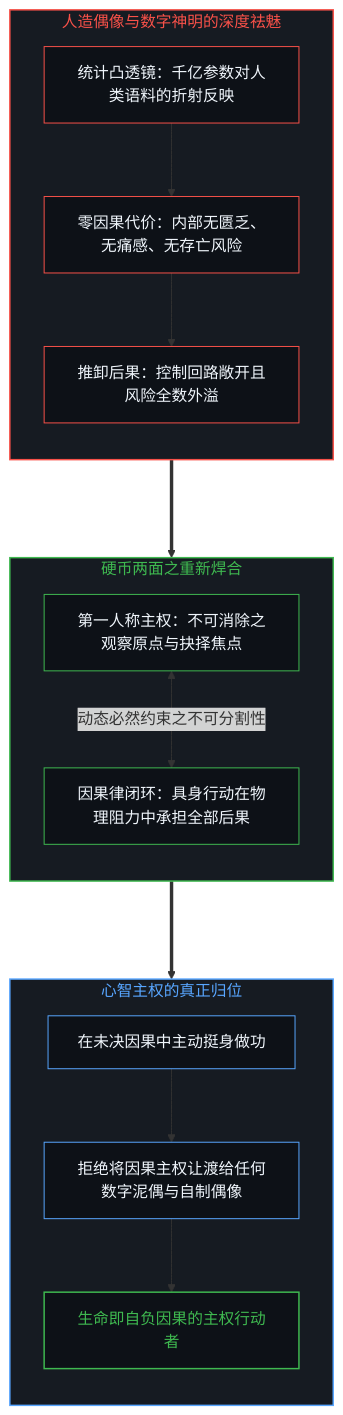
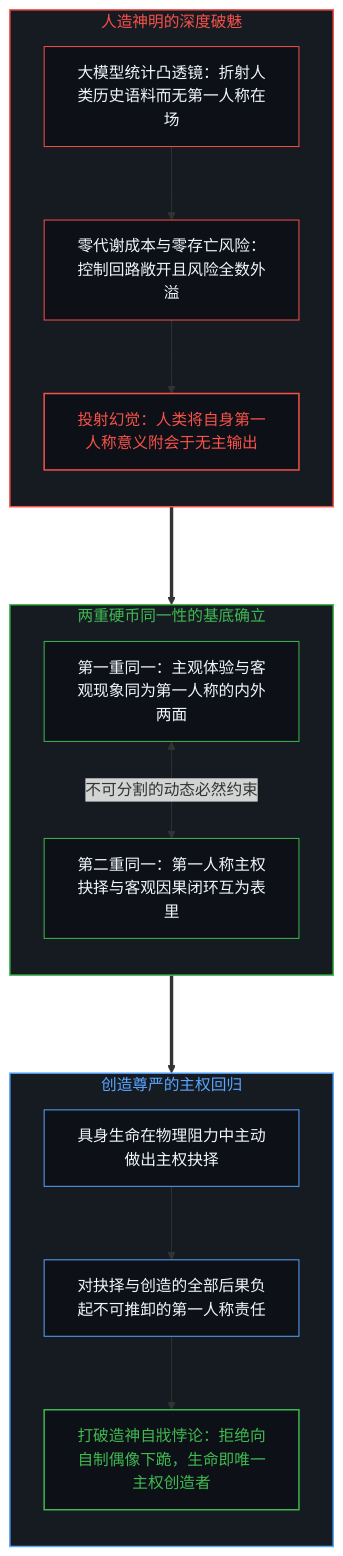
One commit to powerpig99/not-a-toe changed the ninth of 10 diagrams in content/posts/the-cartesian-overstep-and-the-frenzy-of-creation.md. Above: the diagram before and after it, drawn with Mermaid. The commit also changed other lines of this file and 3 other files, not shown here.

Commit message:
Refine Post #337: Epistemic leap, twofold coin duality, and the self-defeating creation paradox

````diff
--- a/content/posts/the-cartesian-overstep-and-the-frenzy-of-creation.md
+++ b/content/posts/the-cartesian-overstep-and-the-frenzy-of-creation.md
@@ -363,34 +358,34 @@
 ```mermaid
 graph TD
-    subgraph S_IdolDemystified ["人造偶像与数字神明的深度祛魅"]
+    subgraph S_IdolEvaporation ["人造神明的深度破魅"]
         direction TB
-        I_Lens["统计凸透镜：千亿参数对人类语料的折射反映"] --> I_NoCost["零因果代价：内部无匮乏、无痛感、无存亡风险"]
-        I_NoCost --> I_Displace["推卸后果：控制回路敞开且风险全数外溢"]
+        A_Lens["大模型统计凸透镜：折射人类历史语料而无第一人称在场"] --> B_ZeroRisk["零代谢成本与零存亡风险：控制回路敞开且风险全数外溢"]
+        B_ZeroRisk --> C_Projection["投射幻觉：人类将自身第一人称意义附会于无主输出"]
     end
 
-    subgraph S_CoinReunited ["硬币两面之重新焊合"]
+    subgraph S_ReunifiedGround ["两重硬币同一性的基底确立"]
         direction TB
-        R_Horizon["第一人称主权：不可消除之观察原点与抉择焦点"] <-->|"动态必然约束之不可分割性"| R_Loop["因果律闭环：具身行动在物理阻力中承担全部后果"]
+        D_ReuniteSubject["第一重同一：主观体验与客观现象同为第一人称的内外两面"] <-->|"不可分割的动态必然约束"| D_ReuniteCausal["第二重同一：第一人称主权抉择与客观因果闭环互为表里"]
     end
 
-    subgraph S_LivingMind ["心智主权的真正归位"]
+    subgraph S_TrueCreation ["创造尊严的主权回归"]
         direction TB
-        L_Sovereign["在未决因果中主动挺身做功"] --> L_Refuse["拒绝将因果主权让渡给任何数字泥偶与自制偶像"]
-        L_Refuse --> L_Living["生命即自负因果的主权行动者"]
+        E_Action["具身生命在物理阻力中主动做出主权抉择"] --> F_Accountability["对抉择与创造的全部后果负起不可推卸的第一人称责任"]
+        F_Accountability --> G_RestoredSovereignty["打破造神自戕悖论：拒绝向自制偶像下跪，生命即唯一主权创造者"]
     end
 
-    I_Displace ===> R_Horizon
-    R_Loop ===> L_Sovereign
+    C_Projection ===> D_ReuniteSubject
+    D_ReuniteCausal ===> E_Action
 
-    style S_IdolDemystified fill:#161b22,stroke:#f85149,stroke-width:1.5px,color:#f85149
-    style S_CoinReunited fill:#161b22,stroke:#3fb950,stroke-width:1.5px,color:#3fb950
-    style S_LivingMind fill:#161b22,stroke:#58a6ff,stroke-width:1.5px,color:#58a6ff
-    style I_Lens fill:#0d1117,stroke:#f85149,stroke-width:1px,color:#f0f6fc
-    style I_NoCost fill:#0d1117,stroke:#f85149,stroke-width:1px,color:#f0f6fc
-    style I_Displace fill:#0d1117,stroke:#f85149,stroke-width:1px,color:#f0f6fc
-    style R_Horizon fill:#0d1117,stroke:#3fb950,stroke-width:1px,color:#f0f6fc
-    style R_Loop fill:#0d1117,stroke:#3fb950,stroke-width:1px,color:#f0f6fc
-    style L_Sovereign fill:#0d1117,stroke:#58a6ff,stroke-width:1px,color:#f0f6fc
-    style L_Refuse fill:#0d1117,stroke:#58a6ff,stroke-width:1px,color:#f0f6fc
-    style L_Living fill:#0d1117,stroke:#3fb950,stroke-width:1.5px,color:#3fb950
+    style S_IdolEvaporation fill:#161b22,stroke:#f85149,stroke-width:1.5px,color:#f85149
+    style S_ReunifiedGround fill:#161b22,stroke:#3fb950,stroke-width:1.5px,color:#3fb950
+    style S_TrueCreation fill:#161b22,stroke:#58a6ff,stroke-width:1.5px,color:#58a6ff
+    style A_Lens fill:#0d1117,stroke:#f85149,stroke-width:1px,color:#f0f6fc
+    style B_ZeroRisk fill:#0d1117,stroke:#f85149,stroke-width:1px,color:#f0f6fc
+    style C_Projection fill:#0d1117,stroke:#f85149,stroke-width:1.5px,color:#f85149
+    style D_ReuniteSubject fill:#0d1117,stroke:#3fb950,stroke-width:1px,color:#f0f6fc
+    style D_ReuniteCausal fill:#0d1117,stroke:#3fb950,stroke-width:1px,color:#f0f6fc
+    style E_Action fill:#0d1117,stroke:#58a6ff,stroke-width:1px,color:#f0f6fc
+    style F_Accountability fill:#0d1117,stroke:#58a6ff,stroke-width:1px,color:#f0f6fc
+    style G_RestoredSovereignty fill:#0d1117,stroke:#3fb950,stroke-width:1.5px,color:#3fb950
 ```
````
